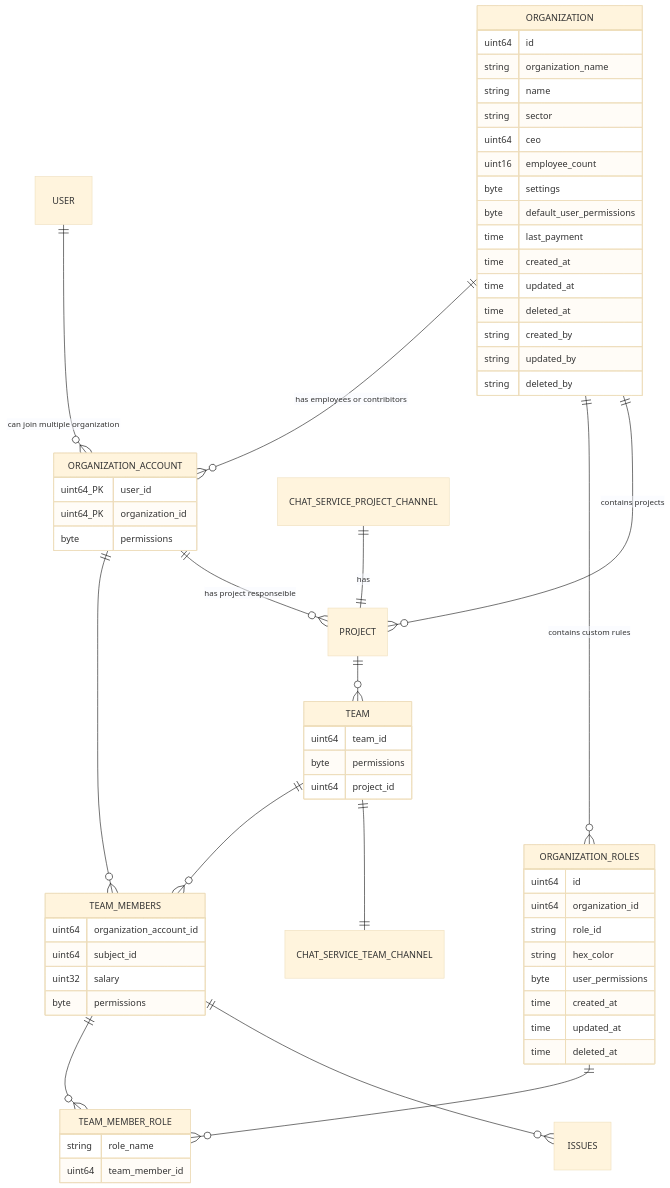
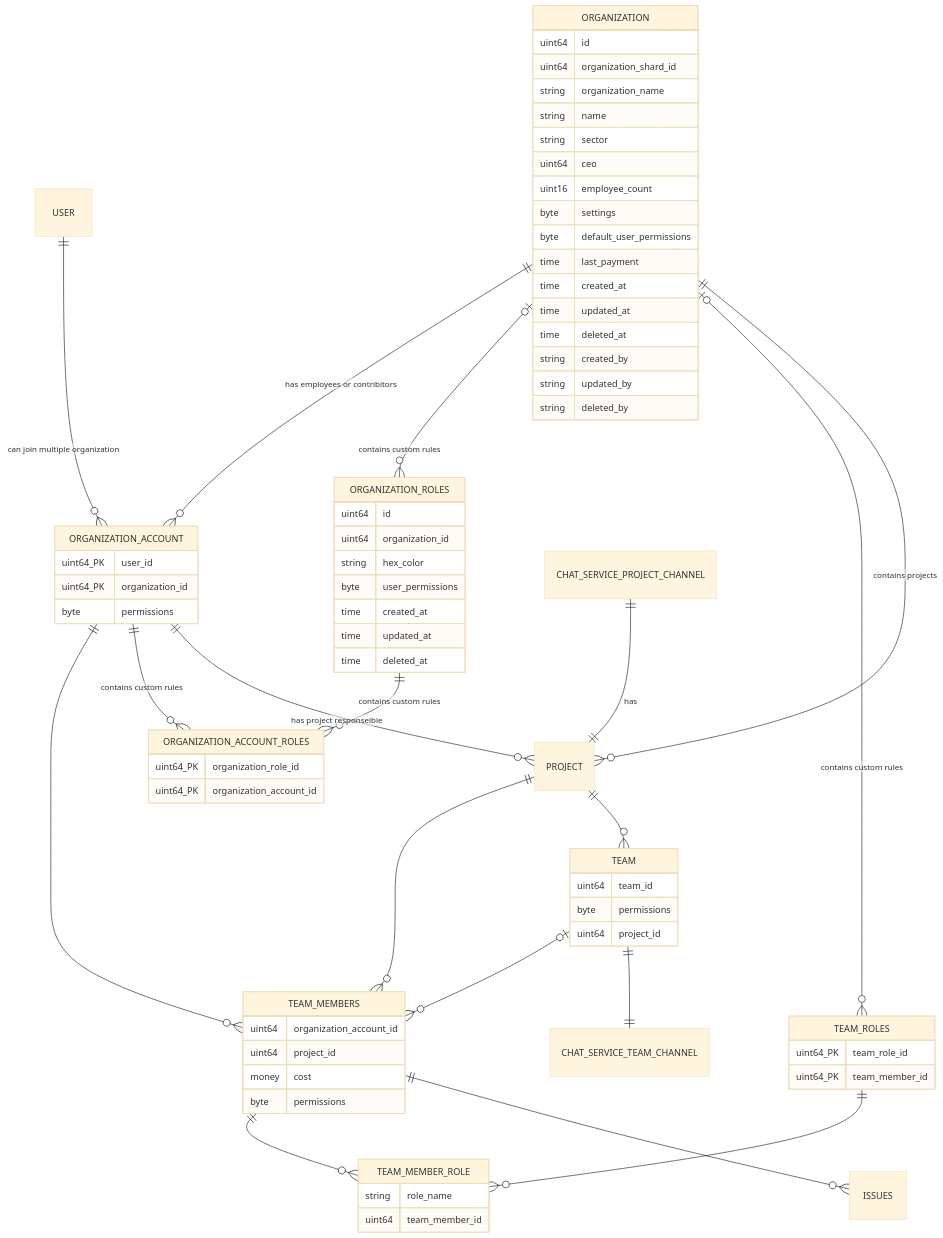
Before and after one commit to DEONSKY/ProjectManagementAppDoc: the second of 3 diagrams in README.md, drawn with Mermaid (base theme). The commit also changed other lines of this file, not shown here.

```diff
--- a/README.md
+++ b/README.md
@@ -54,13 +54,14 @@
 ORGANIZATION_ACCOUNT 
 
 ORGANIZATION_ACCOUNT ||--o{ TEAM_MEMBERS  : ""
-TEAM ||--o{ TEAM_MEMBERS : ""
+TEAM |o--o{ TEAM_MEMBERS : ""
+PROJECT ||--o{ TEAM_MEMBERS : ""
 
 TEAM_MEMBERS {
-uint64 organization_account_id
-uint64 subject_id
-uint32 salary
-byte permissions
+	uint64 organization_account_id
+	uint64 project_id
+	money cost
+	byte permissions
 }
 
 TEAM {
@@ -80,10 +81,11 @@
 TEAM_MEMBERS ||--o{ TEAM_MEMBER_ROLE : ""
 TEAM_MEMBERS ||--o{ ISSUES : ""
 
-ORGANIZATION_ROLES ||--o{ TEAM_MEMBER_ROLE : ""
+TEAM_ROLES ||--o{ TEAM_MEMBER_ROLE : ""
 ORGANIZATION  ||--o{  ORGANIZATION_ACCOUNT  : "has employees or contribitors"  
  ORGANIZATION  {  
  uint64 id
+ uint64 organization_shard_id
  string organization_name  
  string name 
  string sector  
@@ -100,16 +102,30 @@
  string deleted_by
  
  }  
-  ORGANIZATION ||--o{  ORGANIZATION_ROLES  : "contains custom rules" 
+ORGANIZATION |o--o{  ORGANIZATION_ROLES  : "contains custom rules" 
+ORGANIZATION |o--o{  TEAM_ROLES  : "contains custom rules" 
+
+ORGANIZATION_ACCOUNT ||--o{  ORGANIZATION_ACCOUNT_ROLES  : "contains custom rules" 
+ORGANIZATION_ROLES ||--o{  ORGANIZATION_ACCOUNT_ROLES  : "contains custom rules" 
+
+ORGANIZATION_ACCOUNT_ROLES {
+	uint64_PK organization_role_id
+	uint64_PK organization_account_id
+}
+
+TEAM_ROLES {
+	uint64_PK team_role_id
+	uint64_PK team_member_id
+}
+
 ORGANIZATION_ROLES {
-uint64 id
-uint64 organization_id
-string role_id
-string hex_color
-byte user_permissions
-time created_at
-time updated_at
-time deleted_at
+	uint64 id
+	uint64 organization_id
+	string hex_color
+	byte user_permissions
+	time created_at
+	time updated_at
+	time deleted_at
 
 }
  ORGANIZATION_ACCOUNT  {  
```
